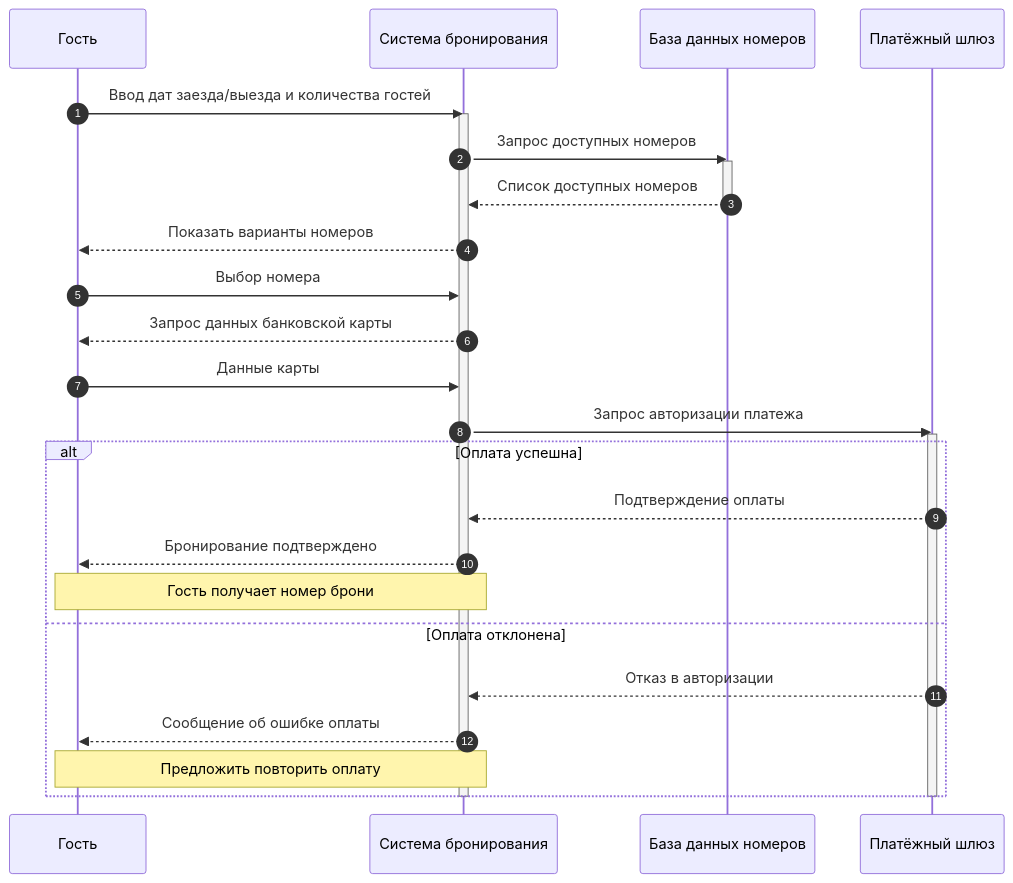
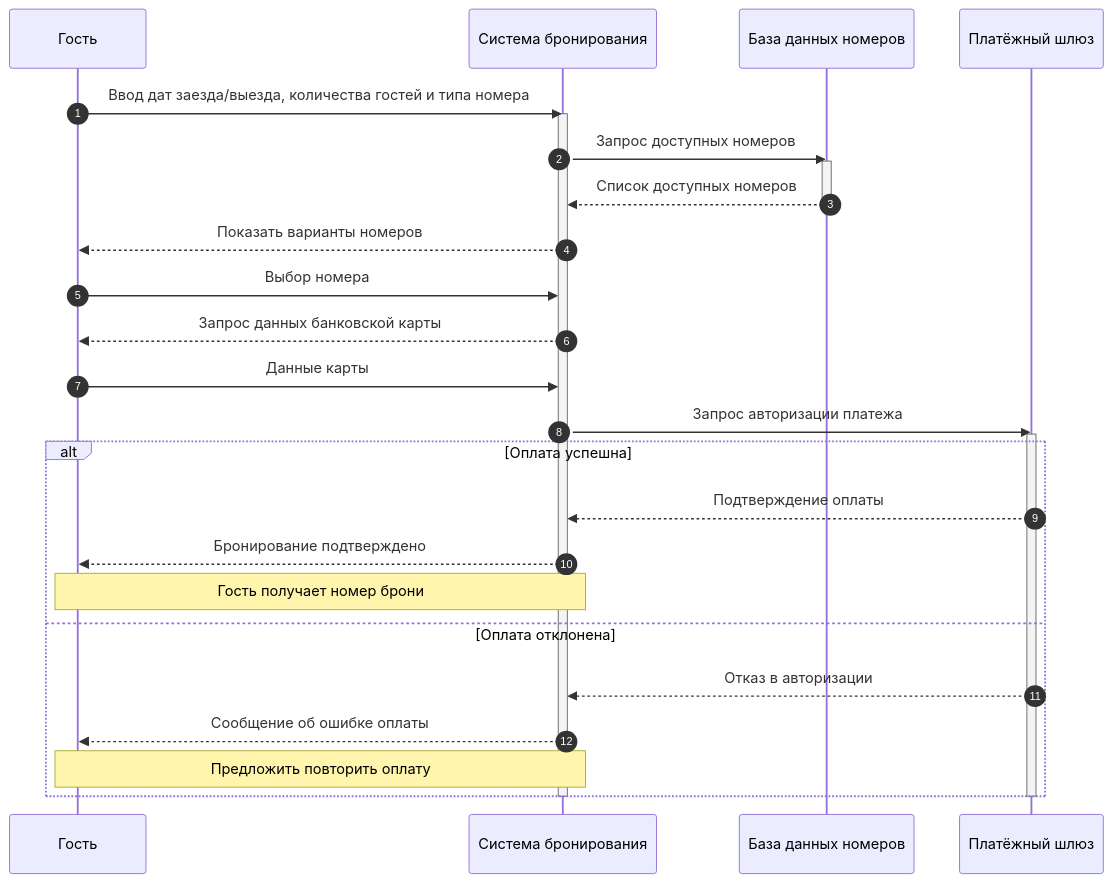
The diagram in lab1/docs/sequence.md (Elizaveta-Borovik/visual-programming-labs-Borovik), drawn with Mermaid before and after one commit. The commit also changed 1 other file, not shown here.

Commit message:
Update Mermaid diagrams: minor text changes

````diff
--- a/lab1/docs/sequence.md
+++ b/lab1/docs/sequence.md
@@ -5,34 +5,34 @@
 ```mermaid
 sequenceDiagram
     autonumber
     participant Г as Гость
     participant С as Система бронирования
     participant БД as База данных номеров
     participant П as Платёжный шлюз
 
-    Г->>С: Ввод дат заезда/выезда и количества гостей
+    Г->>С: Ввод дат заезда/выезда, количества гостей и типа номера
     activate С
     С->>БД: Запрос доступных номеров
     activate БД
     БД-->>С: Список доступных номеров
     deactivate БД
     С-->>Г: Показать варианты номеров
     Г->>С: Выбор номера
     С-->>Г: Запрос данных банковской карты
     Г->>С: Данные карты
     С->>П: Запрос авторизации платежа
     activate П
 
     alt Оплата успешна
         П-->>С: Подтверждение оплаты
         С-->>Г: Бронирование подтверждено
         Note over Г,С: Гость получает номер брони
     else Оплата отклонена
         П-->>С: Отказ в авторизации
         С-->>Г: Сообщение об ошибке оплаты
         Note over Г,С: Предложить повторить оплату
     end
 
     deactivate П
     deactivate С
 ```
````
